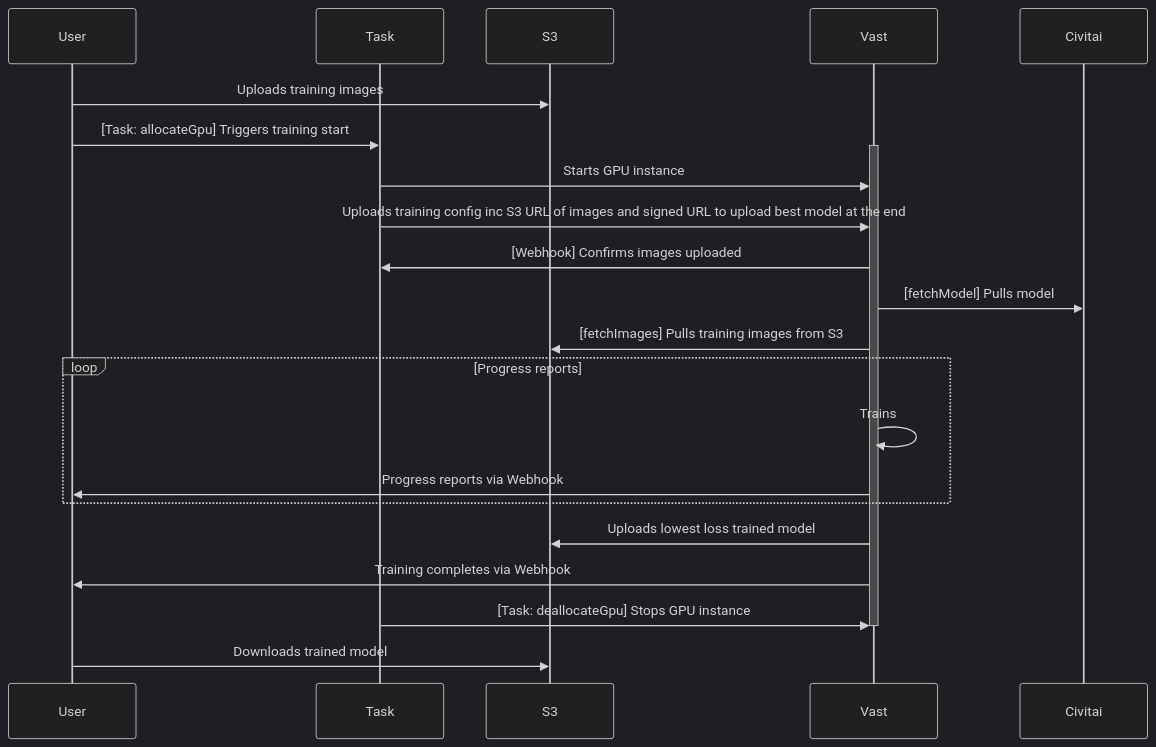
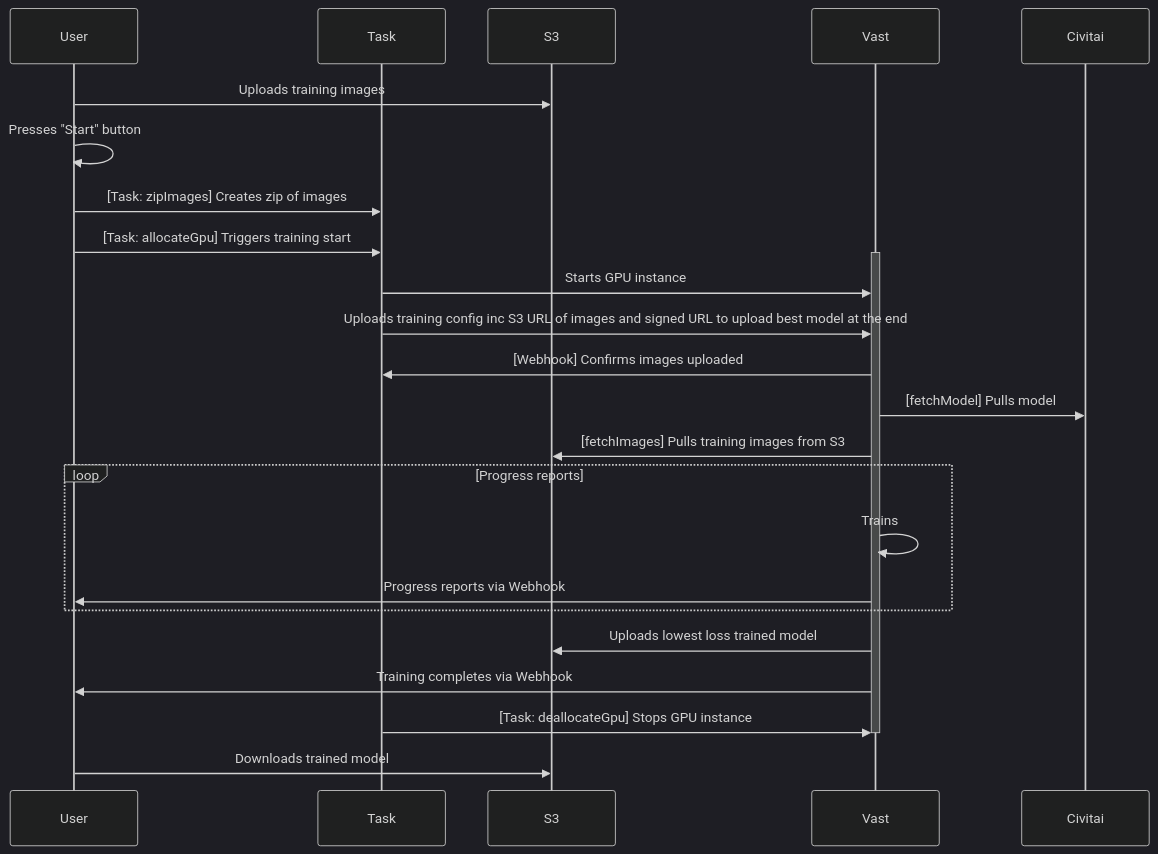
The first of 2 diagrams in README.md (davecranwell/kohya-trainer), drawn with Mermaid (dark theme) before and after one commit. The commit also changed other lines of this file and 20 other files, not shown here.

````diff
--- a/README.md
+++ b/README.md
@@ -3,26 +3,28 @@
 ```mermaid
 sequenceDiagram
     participant User
     participant Task
     participant S3
     participant Vast
     participant Civitai
 
     User->>S3: Uploads training images
+    User->>User: Presses "Start" button
+    User->>Task: [Task: zipImages] Creates zip of images
     User->>Task: [Task: allocateGpu] Triggers training start
     activate Vast
     Task->>Vast: Starts GPU instance
     Task->>Vast: Uploads training config inc S3 URL of images and signed URL to upload best model at the end
     Vast->>Task: [Webhook] Confirms images uploaded
     Vast->>Civitai: [fetchModel]  Pulls model
     Vast->>S3: [fetchImages] Pulls training images from S3
     loop Progress reports
         Vast->>Vast: Trains
         Vast->>User: Progress reports via Webhook
     end
     Vast->>S3: Uploads lowest loss trained model
     Vast->>User: Training completes via Webhook
     Task->>Vast: [Task: deallocateGpu] Stops GPU instance
     deactivate Vast
     User->>S3: Downloads trained model
 ```
````
